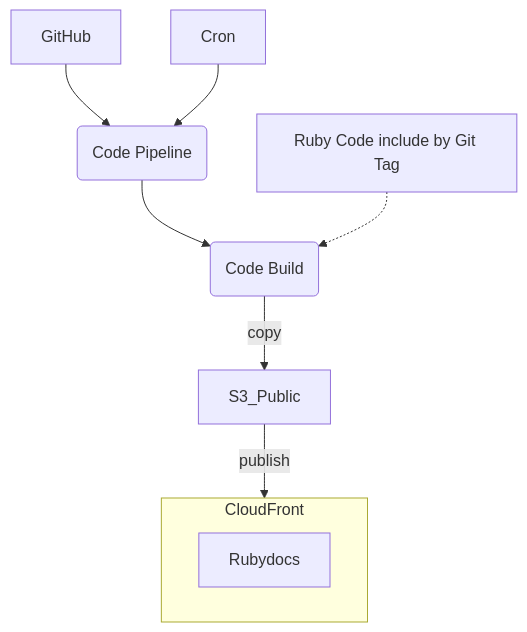
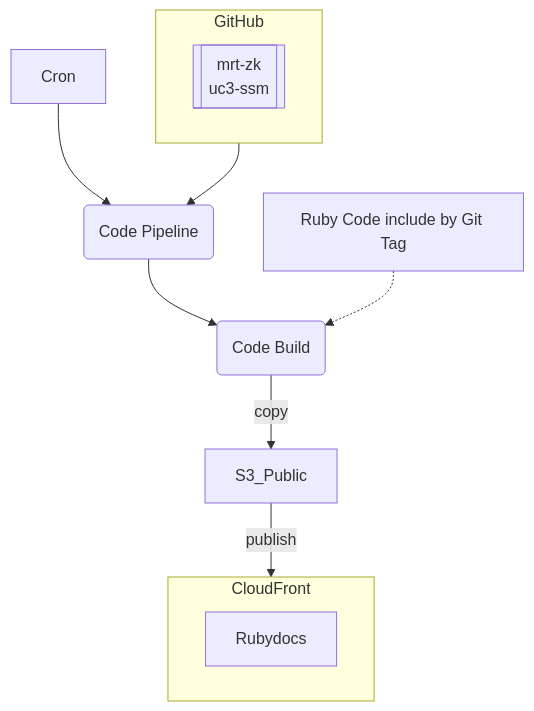
One commit to CDLUC3/mrt-doc changed the fifth of 11 diagrams in design/aws-build/README.md. Above: the diagram before and after it, drawn with Mermaid. The commit also changed other lines of this file, not shown here.

````diff
--- a/design/aws-build/README.md
+++ b/design/aws-build/README.md
@@ -177,16 +181,22 @@
 ```mermaid
 graph TD
+  subgraph GitHub
+    Repos[["`
+      mrt-zk
+      uc3-ssm
+    `"]]
+  end
   GitHub --> Pipeline
   Cron --> Pipeline
   Pipeline(Code Pipeline)
   Pipeline --> Build
   Build(Code Build)
   S3_Public
   Build --> |copy| S3_Public
   S3_Public --> |publish| CloudFront
   Gems[Ruby Code include by Git Tag]
   Gems -.-> Build
   subgraph CloudFront
     Rubydocs
   end
 ```
````
